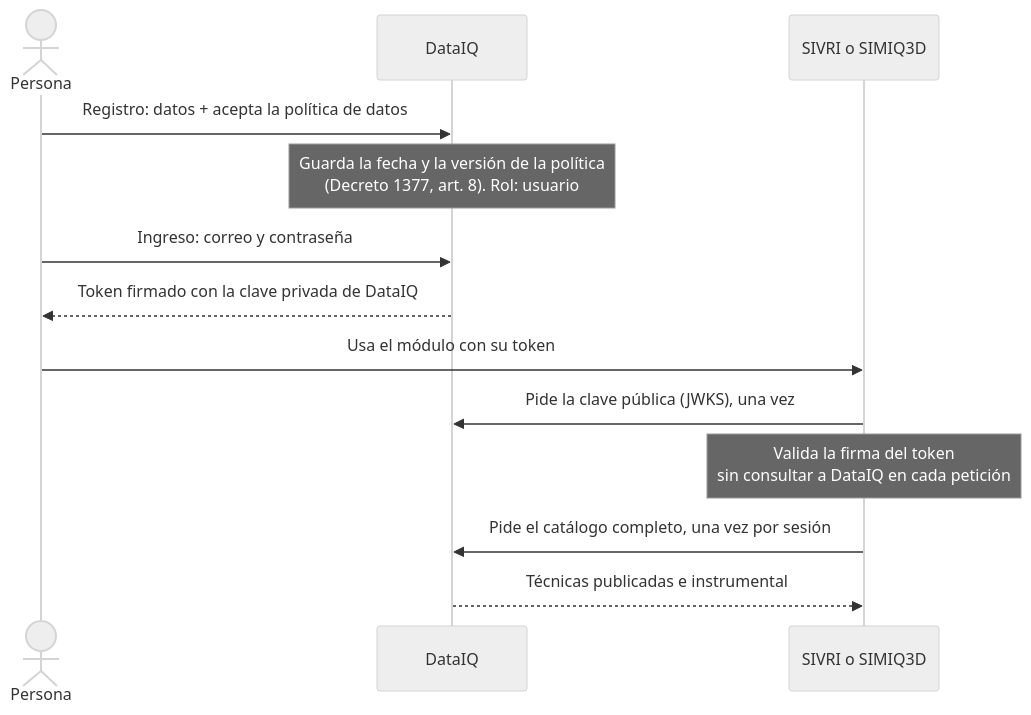
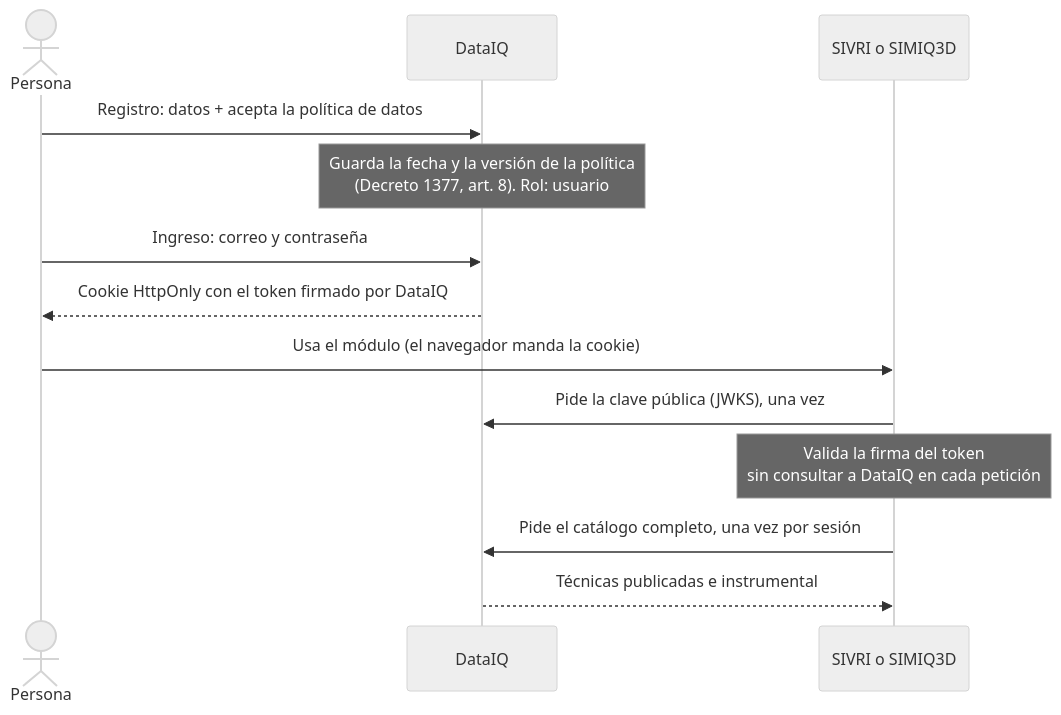
One commit to curn-iq/iq-platform changed the fifth of 5 diagrams in docs/flujos.md. Above: the diagram before and after it, drawn with Mermaid (neutral theme). The commit also changed other lines of this file and 4 other files, not shown here.

First line of the commit message:
docs: sesión con cookie y proxy de Vercel, y cómo usa la API el frontend

````diff
--- a/docs/flujos.md
+++ b/docs/flujos.md
@@ -135,16 +139,16 @@
 ```mermaid
 sequenceDiagram
     actor P as Persona
     participant D as DataIQ
     participant M as SIVRI o SIMIQ3D
 
     P->>D: Registro: datos + acepta la política de datos
     Note over D: Guarda la fecha y la versión de la política<br/>(Decreto 1377, art. 8). Rol: usuario
     P->>D: Ingreso: correo y contraseña
-    D-->>P: Token firmado con la clave privada de DataIQ
-    P->>M: Usa el módulo con su token
+    D-->>P: Cookie HttpOnly con el token firmado por DataIQ
+    P->>M: Usa el módulo (el navegador manda la cookie)
     M->>D: Pide la clave pública (JWKS), una vez
     Note over M: Valida la firma del token<br/>sin consultar a DataIQ en cada petición
     M->>D: Pide el catálogo completo, una vez por sesión
     D-->>M: Técnicas publicadas e instrumental
 ```
````
